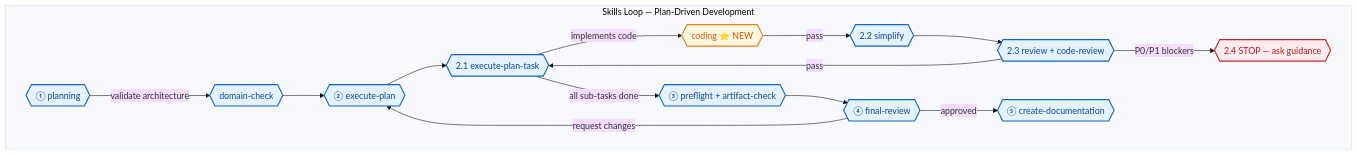
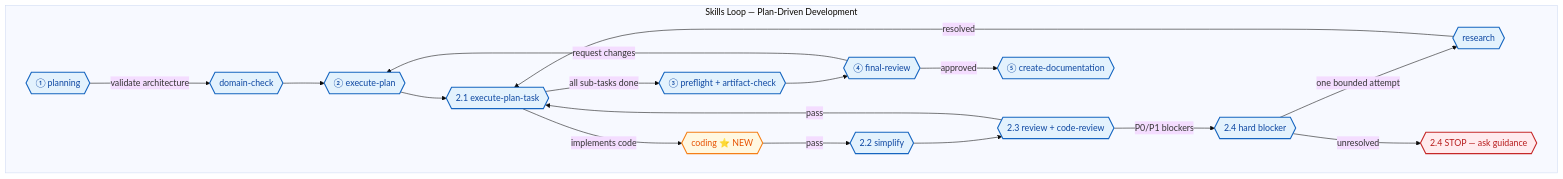
The diagram in skills/index.md (andrescevp/development-harness), drawn with Mermaid (base theme) before and after one commit. The commit also changed other lines of this file and 13 other files, not shown here.

````diff
--- a/skills/index.md
+++ b/skills/index.md
@@ -11,36 +12,42 @@
 ```mermaid
 graph TB
   %% ── Plan-Driven Development (core pipeline) ──
   subgraph PDD["Skills Loop — Plan-Driven Development"]
     PL{{"① planning"}}
     DC{{"domain-check"}}
     EP{{"② execute-plan"}}
     EPT{{"2.1 execute-plan-task"}}
     CD{{"coding ⭐ NEW"}}
     SM{{"2.2 simplify"}}
     RV{{"2.3 review + code-review"}}
+    BG{{"2.4 hard blocker"}}
+    RES{{"research"}}
+    STOP{{"2.4 STOP — ask guidance"}}
     PR{{"③ preflight + artifact-check"}}
     FR{{"④ final-review"}}
     DOC{{"⑤ create-documentation"}}
 
     PL -- "validate architecture" --> DC
     DC --> EP
     EP --> EPT
     EPT -- "implements code" --> CD
     CD -- "pass" --> SM
     SM --> RV
     RV -- "pass" --> EPT
-    RV -- "P0/P1 blockers" --> STOP{{"2.4 STOP — ask guidance"}}
+    RV -- "P0/P1 blockers" --> BG
+    BG -- "one bounded attempt" --> RES
+    RES -- "resolved" --> EPT
+    BG -- "unresolved" --> STOP
     EPT -- "all sub-tasks done" --> PR
     PR --> FR
     FR -- "approved" --> DOC
     FR -- "request changes" --> EP
   end
 
   classDef pdd fill:#e3f2fd,stroke:#1565c0,stroke-width:2px,color:#0d47a1
   classDef new fill:#fff8e1,stroke:#f57f17,stroke-width:2px,color:#e65100
   classDef stop fill:#ffebee,stroke:#c62828,stroke-width:2px,color:#b71c1c
-  class PL,EP,EPT,RV,PR,FR,DOC,DC,SM pdd
+  class PL,EP,EPT,RV,PR,FR,DOC,DC,SM,BG,RES pdd
   class CD new
   class STOP stop
 ```
````
